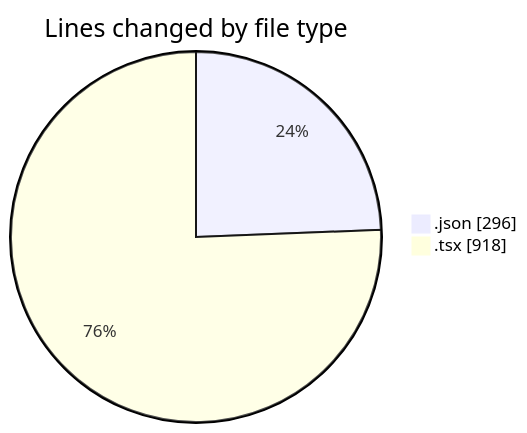
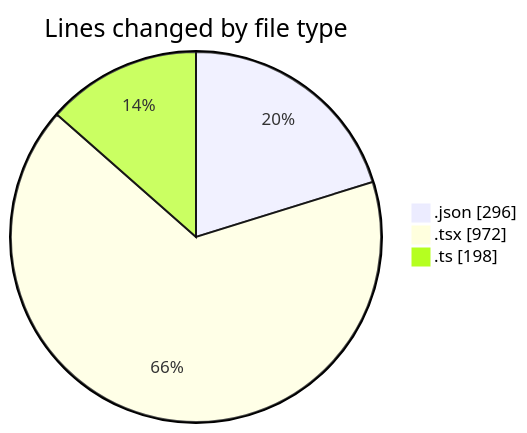
One commit to julien-gomy/code-tracking changed the first of 2 diagrams in 2025-10-07/eventscop-frontend-guide__workspace_/README.md. Above: the diagram before and after it, drawn with Mermaid. The commit also changed other lines of this file and 1 other file, not shown here.

````diff
--- a/2025-10-07/eventscop-frontend-guide__workspace_/README.md
+++ b/2025-10-07/eventscop-frontend-guide__workspace_/README.md
@@ -23,6 +25,7 @@
 ```mermaid
 pie showData
 title Lines changed by file type
 ".json" : 296
-".tsx" : 918
+".tsx" : 972
+".ts" : 198
 ```
````
